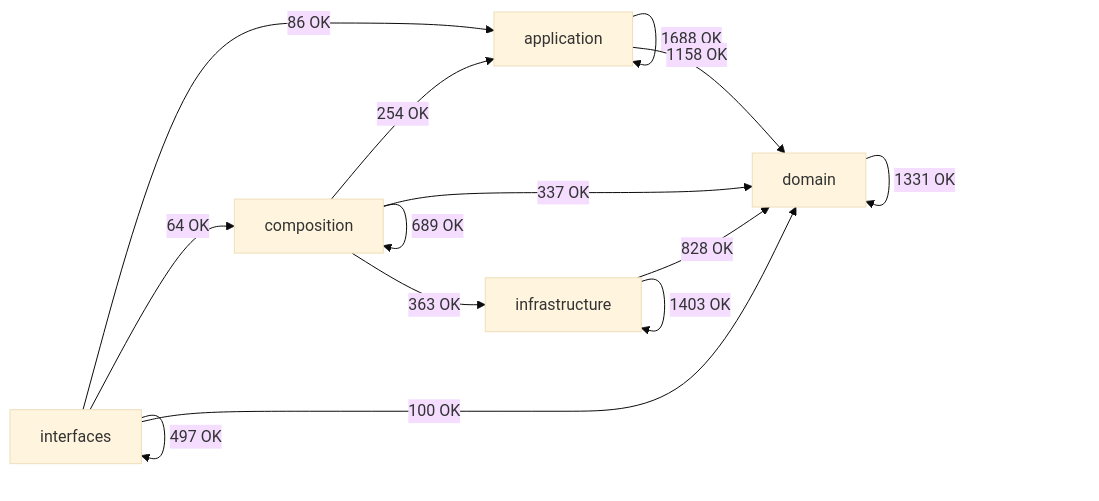
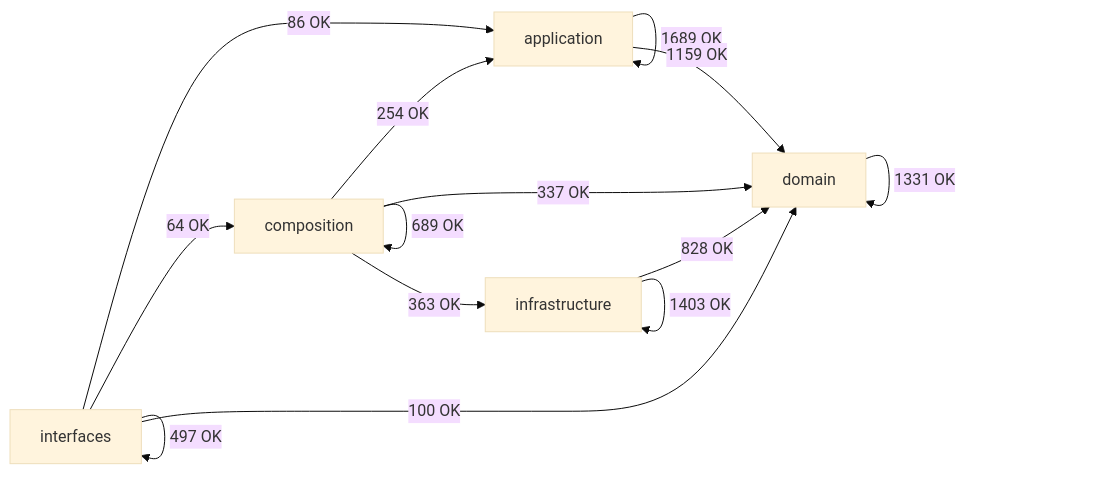
One commit to SatoryKono/BioactivityDataAcquisition changed the diagram in docs/02-architecture/generated/module-dependency-map.md. Above: the diagram before and after it, drawn with Mermaid (base theme). The commit also changed other lines of this file and 2 other files, not shown here.

````diff
--- a/docs/02-architecture/generated/module-dependency-map.md
+++ b/docs/02-architecture/generated/module-dependency-map.md
@@ -17,21 +17,21 @@
 ```mermaid
 flowchart LR
     domain[domain]
     application[application]
     infrastructure[infrastructure]
     composition[composition]
     interfaces[interfaces]
-    application -->|1688 OK| application
-    application -->|1158 OK| domain
+    application -->|1689 OK| application
+    application -->|1159 OK| domain
     composition -->|254 OK| application
     composition -->|689 OK| composition
     composition -->|337 OK| domain
     composition -->|363 OK| infrastructure
     domain -->|1331 OK| domain
     infrastructure -->|828 OK| domain
     infrastructure -->|1403 OK| infrastructure
     interfaces -->|86 OK| application
     interfaces -->|64 OK| composition
     interfaces -->|100 OK| domain
     interfaces -->|497 OK| interfaces
 ```
````
